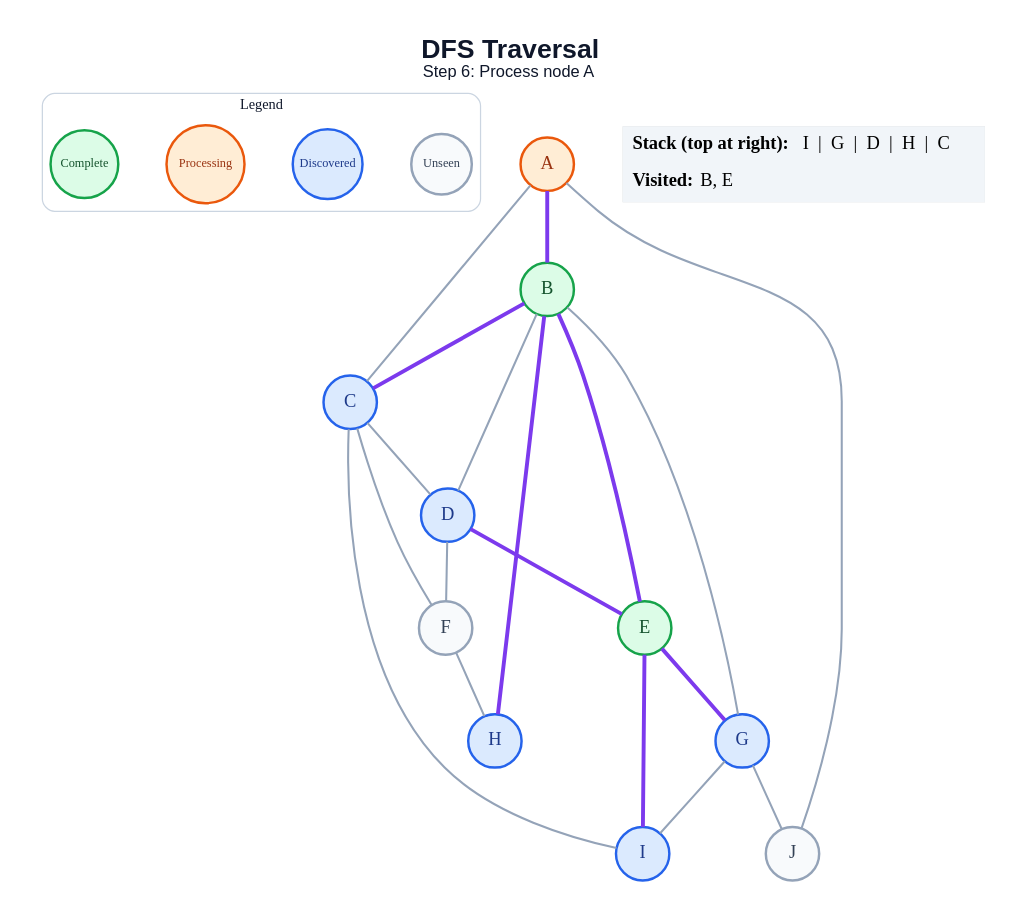
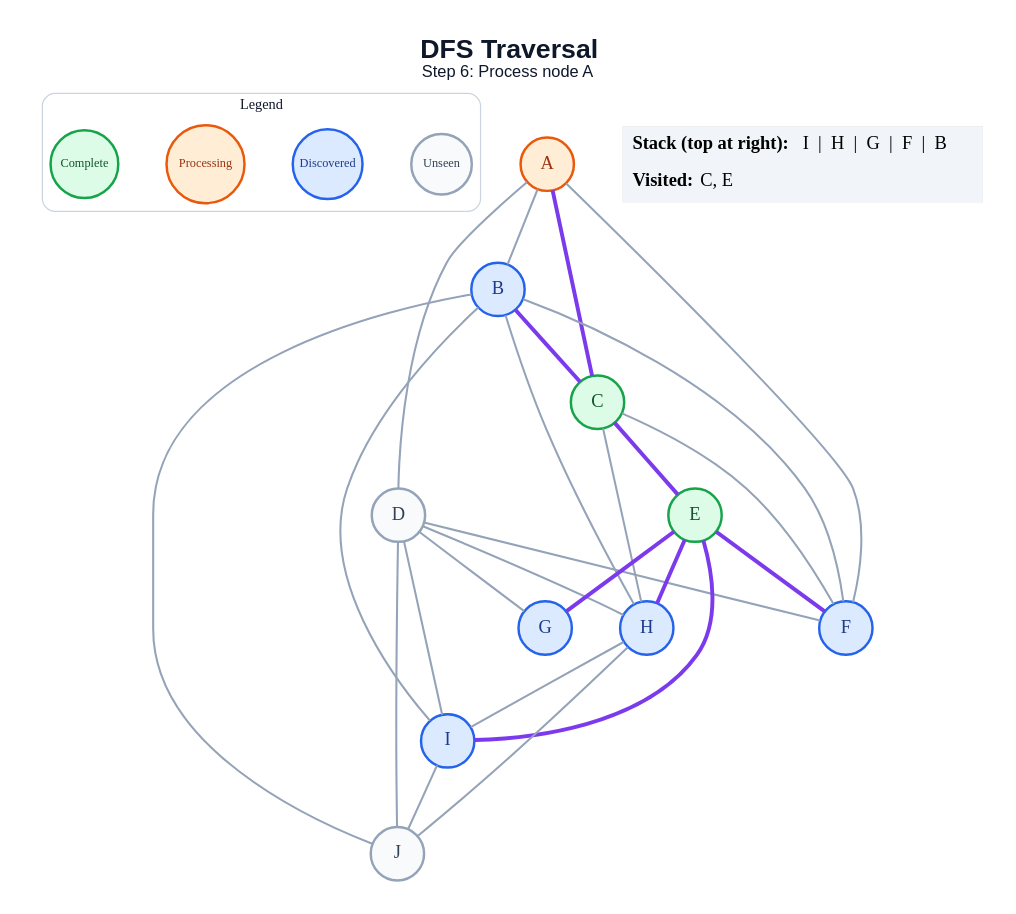
One commit to amanghodawala9/ai-slop changed the diagram in generated/specific-node/dfs/step_06.dot. Above: the diagram before and after it, drawn with Graphviz. The commit also changed 178 other files, not shown here.

```diff
--- a/generated/specific-node/dfs/step_06.dot
+++ b/generated/specific-node/dfs/step_06.dot
@@ -1,47 +1,53 @@
 graph traversal {
   graph [layout=dot, rankdir=TB, bgcolor="#FFFFFF", pad="0.35", nodesep="0.65", ranksep="0.8", fontname="Arial"];
   node [shape=circle, style="filled", fontname="Arial Bold", fontsize=18, width=0.72, fixedsize=true, penwidth=2.4];
   edge [color="#94A3B8", penwidth=2.0];
   label=<<B>DFS Traversal</B><BR/><FONT POINT-SIZE="16">Step 6: Process node A</FONT>>; labelloc="t"; fontsize=26; fontname="Arial"; fontcolor="#0F172A";
   subgraph cluster_legend { label="Legend"; color="#CBD5E1"; penwidth=1.2; style="rounded"; fontsize=14; fontname="Arial Bold";
     key_unseen [label="Unseen", fillcolor="#F8FAFC", color="#94A3B8", fontcolor="#334155", fontsize=12, width=0.82];
     key_frontier [label="Discovered", fillcolor="#DBEAFE", color="#2563EB", fontcolor="#1E3A8A", fontsize=12, width=0.95];
     key_current [label="Processing", fillcolor="#FFEDD5", color="#EA580C", fontcolor="#9A3412", fontsize=12, width=1.05];
     key_done [label="Complete", fillcolor="#DCFCE7", color="#16A34A", fontcolor="#14532D", fontsize=12, width=0.92];
     { rank=same; key_unseen; key_frontier; key_current; key_done; }
   }
   A [fillcolor="#FFEDD5", color="#EA580C", fontcolor="#9A3412"];
-  B [fillcolor="#DCFCE7", color="#16A34A", fontcolor="#14532D"];
-  C [fillcolor="#DBEAFE", color="#2563EB", fontcolor="#1E3A8A"];
-  D [fillcolor="#DBEAFE", color="#2563EB", fontcolor="#1E3A8A"];
+  B [fillcolor="#DBEAFE", color="#2563EB", fontcolor="#1E3A8A"];
+  C [fillcolor="#DCFCE7", color="#16A34A", fontcolor="#14532D"];
+  D [fillcolor="#F8FAFC", color="#94A3B8", fontcolor="#334155"];
   E [fillcolor="#DCFCE7", color="#16A34A", fontcolor="#14532D"];
-  F [fillcolor="#F8FAFC", color="#94A3B8", fontcolor="#334155"];
+  F [fillcolor="#DBEAFE", color="#2563EB", fontcolor="#1E3A8A"];
   G [fillcolor="#DBEAFE", color="#2563EB", fontcolor="#1E3A8A"];
   H [fillcolor="#DBEAFE", color="#2563EB", fontcolor="#1E3A8A"];
   I [fillcolor="#DBEAFE", color="#2563EB", fontcolor="#1E3A8A"];
   J [fillcolor="#F8FAFC", color="#94A3B8", fontcolor="#334155"];
-  A -- B [color="#7C3AED", penwidth=3.8];
-  A -- C;
-  A -- J;
+  A -- B;
+  A -- C [color="#7C3AED", penwidth=3.8];
+  A -- D;
+  A -- F;
   B -- C [color="#7C3AED", penwidth=3.8];
-  B -- D;
-  B -- E [color="#7C3AED", penwidth=3.8];
-  B -- G;
-  B -- H [color="#7C3AED", penwidth=3.8];
-  C -- D;
+  B -- F;
+  B -- H;
+  B -- I;
+  B -- J;
+  C -- E [color="#7C3AED", penwidth=3.8];
   C -- F;
-  C -- I;
-  D -- E [color="#7C3AED", penwidth=3.8];
+  C -- H;
   D -- F;
+  D -- G;
+  D -- H;
+  D -- I;
+  D -- J;
+  E -- F [color="#7C3AED", penwidth=3.8];
   E -- G [color="#7C3AED", penwidth=3.8];
+  E -- H [color="#7C3AED", penwidth=3.8];
   E -- I [color="#7C3AED", penwidth=3.8];
-  F -- H;
-  G -- I;
-  G -- J;
+  H -- I;
+  H -- J;
+  I -- J;
   status [shape=plain, fixedsize=false, width=0, height=0, margin=0, label=<
     <TABLE BORDER="0" CELLBORDER="0" CELLPADDING="7" BGCOLOR="#F1F5F9">
-      <TR><TD ALIGN="LEFT"><B>Stack (top at right):</B> I  |  G  |  D  |  H  |  C</TD></TR>
-      <TR><TD ALIGN="LEFT"><B>Visited:</B> B, E</TD></TR>
+      <TR><TD ALIGN="LEFT"><B>Stack (top at right):</B> I  |  H  |  G  |  F  |  B</TD></TR>
+      <TR><TD ALIGN="LEFT"><B>Visited:</B> C, E</TD></TR>
     </TABLE>
   >];
 }
```
